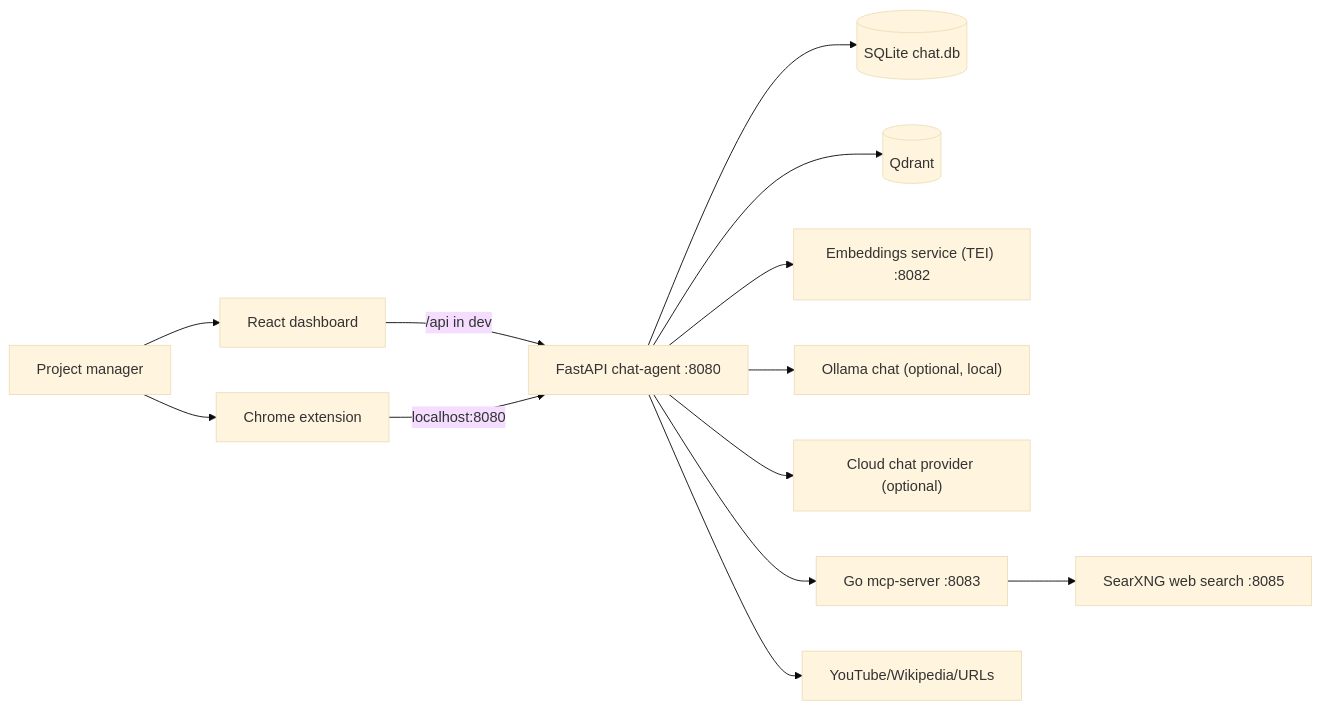
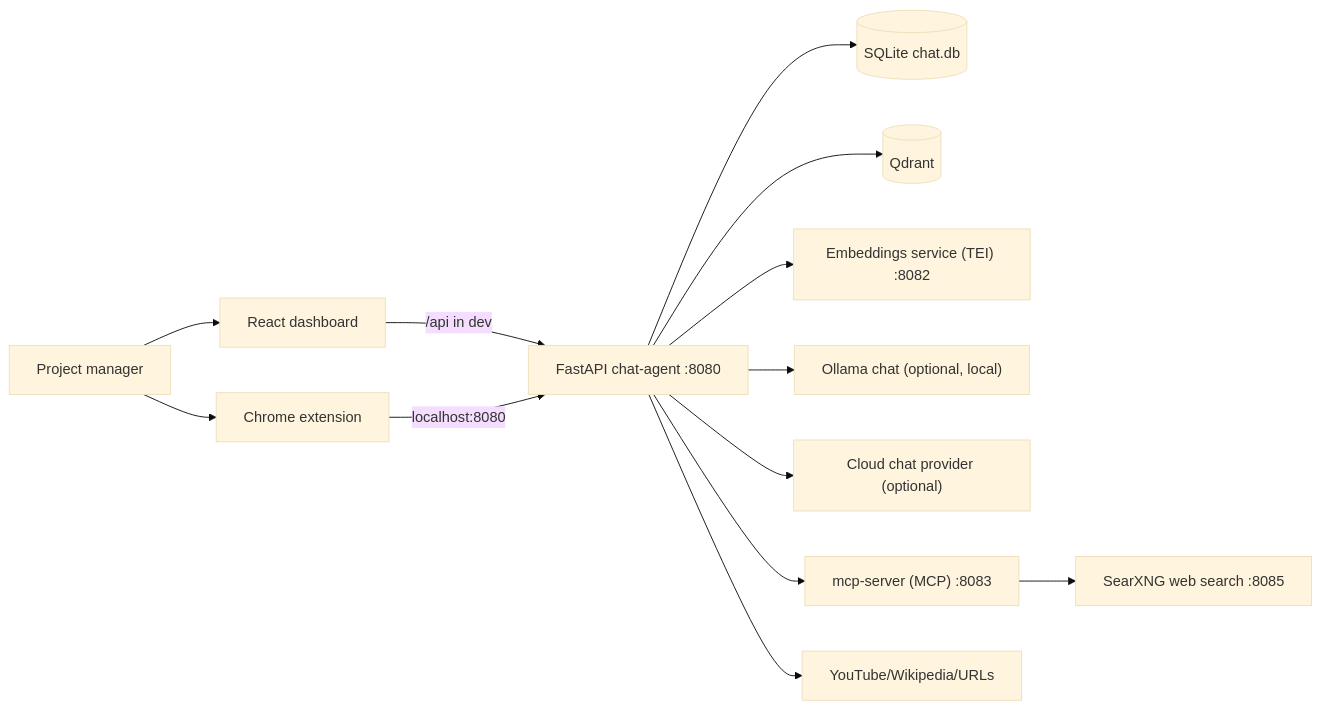
One commit to nazim117/Research-Agent changed the first of 4 diagrams in README.md. Above: the diagram before and after it, drawn with Mermaid (base theme). The commit also changed other lines of this file and 61 other files, not shown here.

Commit message:
Rewrite mcp-server as a real Python MCP server

````diff
--- a/README.md
+++ b/README.md
@@ -32,17 +33,17 @@
 ```mermaid
 flowchart LR
   User["Project manager"] --> Dashboard["React dashboard"]
   User --> Extension["Chrome extension"]
 
   Dashboard -->|/api in dev| ChatAgent["FastAPI chat-agent :8080"]
   Extension -->|localhost:8080| ChatAgent
 
   ChatAgent --> SQLite[("SQLite chat.db")]
   ChatAgent --> Qdrant[("Qdrant")]
   ChatAgent --> Embeddings["Embeddings service (TEI) :8082"]
   ChatAgent --> Ollama["Ollama chat (optional, local)"]
   ChatAgent --> LLM["Cloud chat provider (optional)"]
-  ChatAgent --> MCP["Go mcp-server :8083"]
+  ChatAgent --> MCP["mcp-server (MCP) :8083"]
   MCP --> SearXNG["SearXNG web search :8085"]
   ChatAgent --> Web["YouTube/Wikipedia/URLs"]
 ```
````
